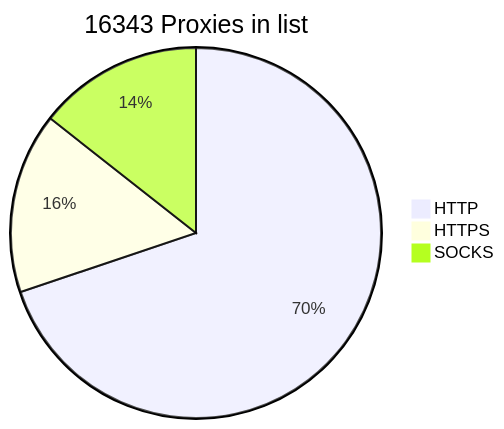
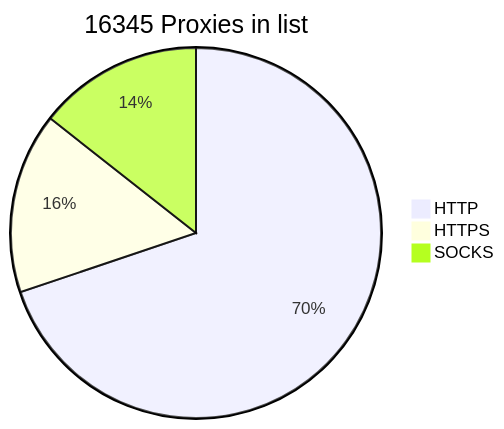
The diagram in README.md (BlackSnowDot/proxylist-update-every-minute), drawn with Mermaid before and after one commit.

````diff
--- a/README.md
+++ b/README.md
@@ -2,6 +2,6 @@
 ```mermaid
-pie title 16343 Proxies in list
+pie title 16345 Proxies in list
     "HTTP" : 12164
-    "HTTPS": 2747
+    "HTTPS": 2749
     "SOCKS" : 2506
 ```
````
